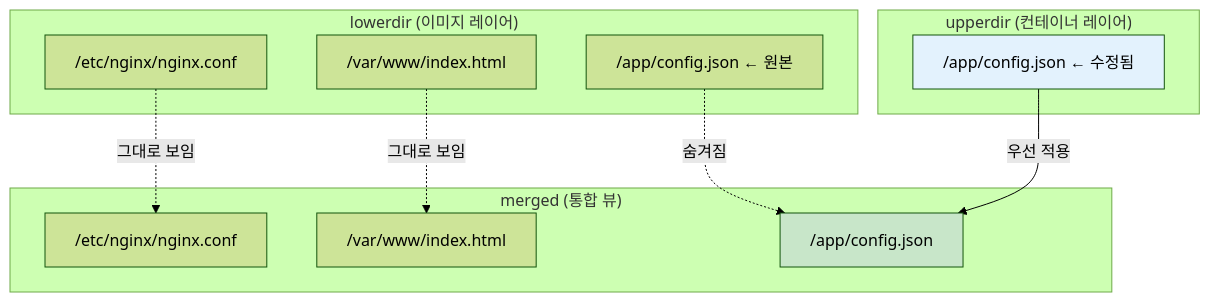
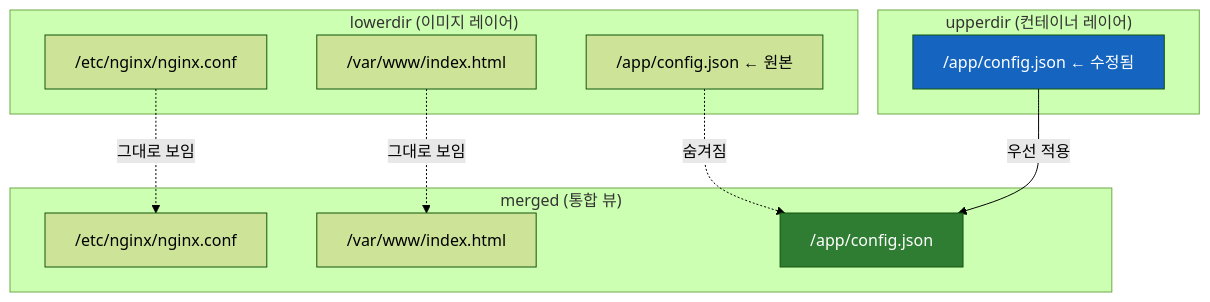
The fifth of 6 diagrams in docker/Docker의-Copy-on-Write-전략.md (sskim91/TIL), drawn with Mermaid (forest theme) before and after one commit. The commit also changed other lines of this file and 2 other files, not shown here.

````diff
--- a/docker/Docker의-Copy-on-Write-전략.md
+++ b/docker/Docker의-Copy-on-Write-전략.md
@@ -187,26 +215,26 @@
 ```mermaid
 flowchart TB
     subgraph merged["merged (통합 뷰)"]
         M1["/etc/nginx/nginx.conf"]
         M2["/var/www/index.html"]
         M3["/app/config.json"]
     end
 
     subgraph upper["upperdir (컨테이너 레이어)"]
         U1["/app/config.json ← 수정됨"]
     end
 
     subgraph lower["lowerdir (이미지 레이어)"]
         L1["/etc/nginx/nginx.conf"]
         L2["/var/www/index.html"]
         L3["/app/config.json ← 원본"]
     end
 
     L1 -.->|그대로 보임| M1
     L2 -.->|그대로 보임| M2
     U1 -->|우선 적용| M3
     L3 -.->|숨겨짐| M3
 
-    style U1 fill:#e3f2fd,color:#000
-    style M3 fill:#c8e6c9,color:#000
+    style U1 fill:#1565C0,color:#fff
+    style M3 fill:#2E7D32,color:#fff
 ```
````
